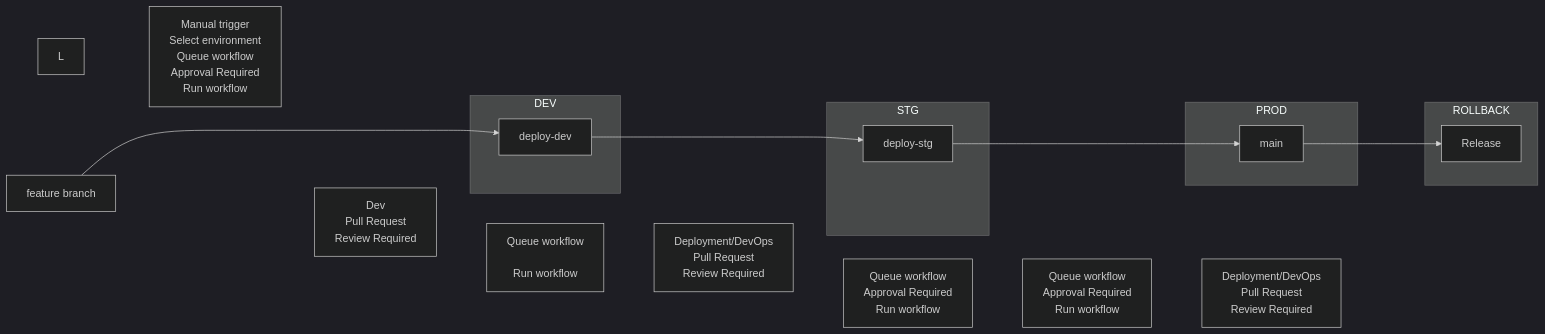
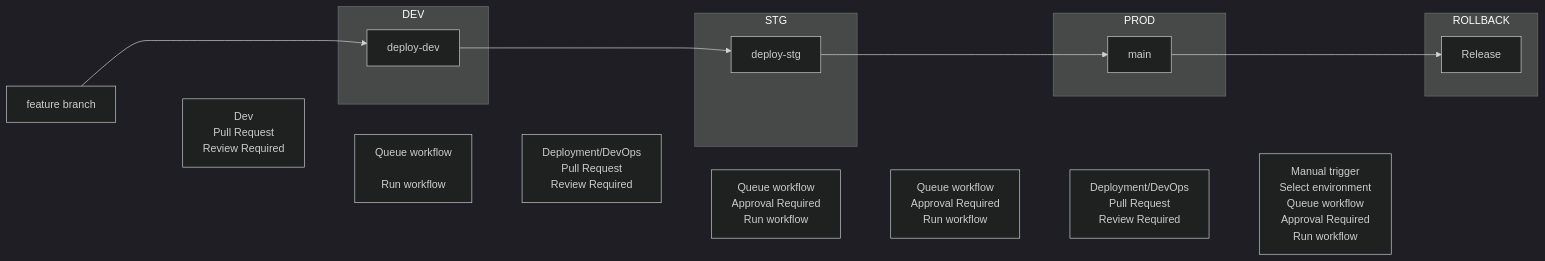
Before and after one commit to fritzramos-gf/Workflows: the diagram in Gates-Workflow.md, drawn with Mermaid (dark theme).

Commit message:
Fix diagram connections in Gates-Workflow.md

````diff
--- a/Gates-Workflow.md
+++ b/Gates-Workflow.md
@@ -1,32 +1,32 @@
 ```mermaid
 flowchart LR
     A[feature branch] ----> B
     A ~~~ C["Dev\nPull Request\nReview Required"]
     C ~~~ B
     subgraph DEV
         B[deploy-dev]
     end
      C ~~~ G["Queue workflow
         \nRun workflow"]
 
     B ---> D
     G ~~~ H["Deployment/DevOps\nPull Request\nReview Required"]
     H ~~~ D
     subgraph STG
         D[deploy-stg]
     end
     D ---> E
     H ~~~ I["Queue workflow\nApproval Required\nRun workflow"]
     subgraph PROD
         E[main]
     end
     I ~~~ J["Queue workflow\nApproval Required\nRun workflow"]
     E ---> F
     J ~~~ K["Deployment/DevOps\nPull Request\nReview Required"] 
     subgraph ROLLBACK
         F[Release]
     end
-    L ~~~ M["Manual trigger\nSelect environment\nQueue workflow\nApproval Required\nRun workflow"]
+    K ~~~ L["Manual trigger\nSelect environment\nQueue workflow\nApproval Required\nRun workflow"]
 
 
 ```
````
